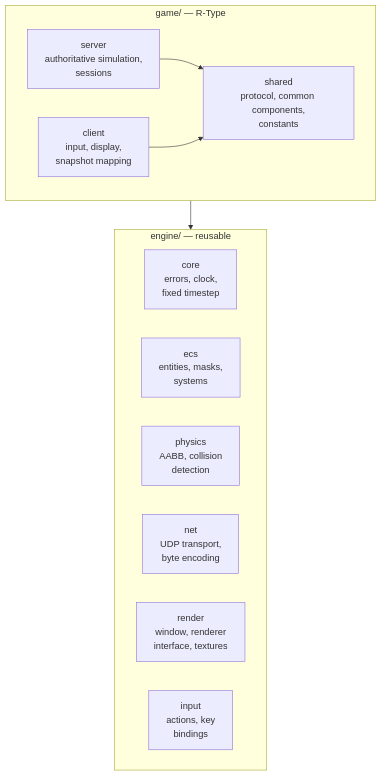
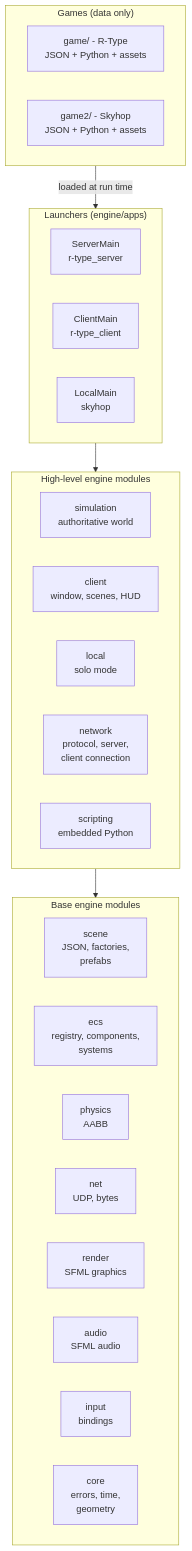
One commit to Origanire/r-type changed the first of 3 diagrams in docs/architecture/overview.md. Above: the diagram before and after it, drawn with Mermaid. The commit also changed other lines of this file and 57 other files, not shown here.

````diff
--- a/docs/architecture/overview.md
+++ b/docs/architecture/overview.md
@@ -10,21 +9,36 @@
 ```mermaid
 flowchart TB
-    subgraph Game["game/ — R-Type"]
+    subgraph Games["Games (data only)"]
         direction LR
-        Server["server<br/>authoritative simulation,<br/>sessions"]
-        Shared["shared<br/>protocol, common components,<br/>constants"]
-        Client["client<br/>input, display,<br/>snapshot mapping"]
+        RType["game/ - R-Type<br/>JSON + Python + assets"]
+        Skyhop["game2/ - Skyhop<br/>JSON + Python + assets"]
     end
-    subgraph Engine["engine/ — reusable"]
+    subgraph Apps["Launchers (engine/apps)"]
         direction LR
-        Core["core<br/>errors, clock,<br/>fixed timestep"]
-        ECS["ecs<br/>entities, masks,<br/>systems"]
-        Physics["physics<br/>AABB, collision<br/>detection"]
-        Net["net<br/>UDP transport,<br/>byte encoding"]
-        Render["render<br/>window, renderer<br/>interface, textures"]
-        Input["input<br/>actions, key<br/>bindings"]
+        ServerMain["ServerMain<br/>r-type_server"]
+        ClientMain["ClientMain<br/>r-type_client"]
+        LocalMain["LocalMain<br/>skyhop"]
     end
-    Server --> Shared
-    Client --> Shared
-    Game --> Engine
+    subgraph High["High-level engine modules"]
+        direction LR
+        Simulation["simulation<br/>authoritative world"]
+        Client["client<br/>window, scenes, HUD"]
+        Local["local<br/>solo mode"]
+        Network["network<br/>protocol, server,<br/>client connection"]
+        Scripting["scripting<br/>embedded Python"]
+    end
+    subgraph Base["Base engine modules"]
+        direction LR
+        Scene["scene<br/>JSON, factories,<br/>prefabs"]
+        ECS["ecs<br/>registry, components,<br/>systems"]
+        Physics["physics<br/>AABB"]
+        Net["net<br/>UDP, bytes"]
+        Render["render<br/>SFML graphics"]
+        Audio["audio<br/>SFML audio"]
+        Input["input<br/>bindings"]
+        Core["core<br/>errors, time,<br/>geometry"]
+    end
+    Games -->|loaded at run time| Apps
+    Apps --> High
+    High --> Base
 ```
````
